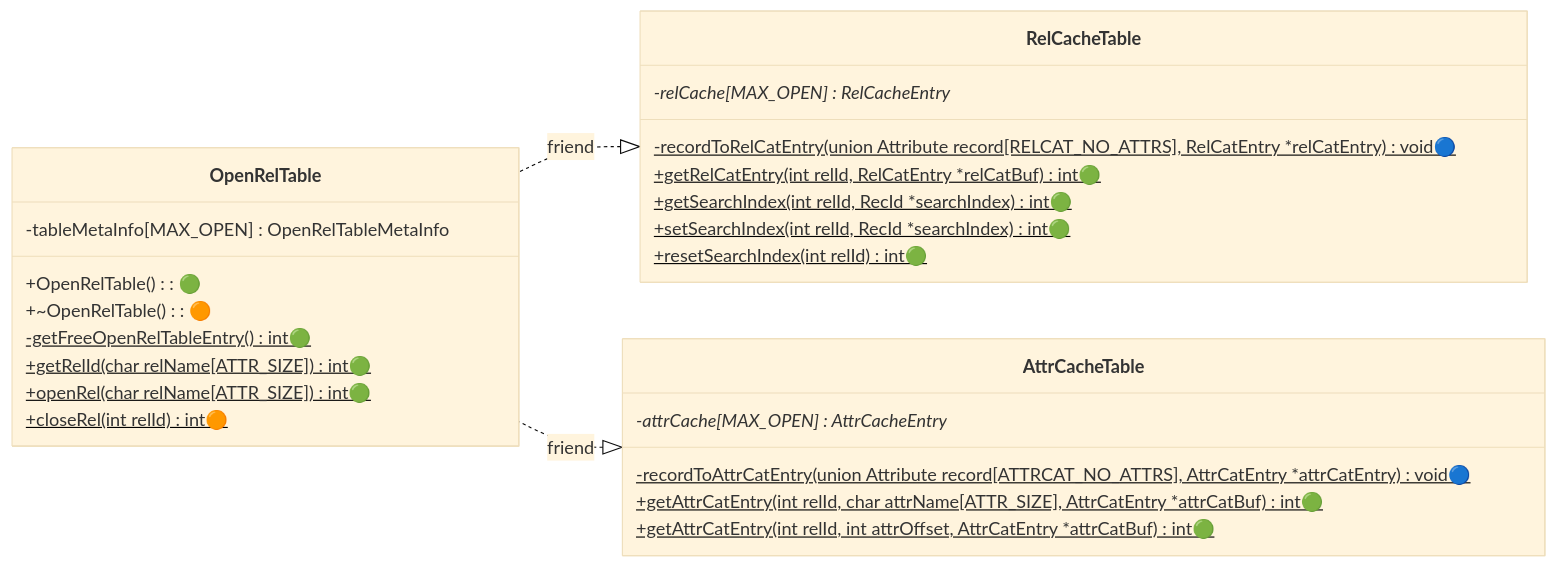
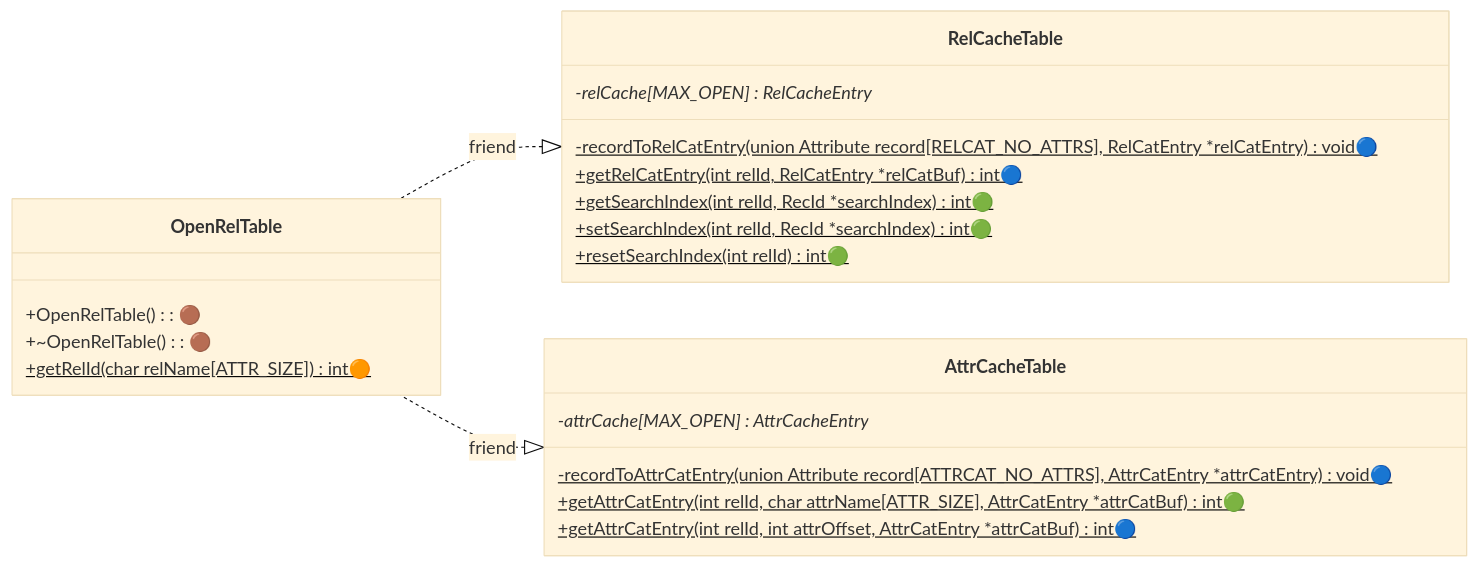
Before and after one commit to NITCbase/nitcbase.github.io: the second of 2 diagrams in docs/Roadmap/Stage04.md, drawn with Mermaid (base theme). The commit also changed other lines of this file and 3 other files, not shown here.

````diff
--- a/docs/Roadmap/Stage04.md
+++ b/docs/Roadmap/Stage04.md
@@ -125,31 +78,27 @@
 ```mermaid
 classDiagram
   direction RL
   RelCacheTable <|.. OpenRelTable : friend
   AttrCacheTable <|.. OpenRelTable : friend
 
   class RelCacheTable{
     -relCache[MAX_OPEN] : RelCacheEntry*
     -recordToRelCatEntry(union Attribute record[RELCAT_NO_ATTRS], RelCatEntry *relCatEntry)$ void🔵
-    +getRelCatEntry(int relId, RelCatEntry *relCatBuf)$ int🟢
+    +getRelCatEntry(int relId, RelCatEntry *relCatBuf)$ int🔵
     +getSearchIndex(int relId, RecId *searchIndex)$ int🟢
     +setSearchIndex(int relId, RecId *searchIndex)$ int🟢
     +resetSearchIndex(int relId)$ int🟢
   }
   class AttrCacheTable{
       -attrCache[MAX_OPEN] : AttrCacheEntry*
       -recordToAttrCatEntry(union Attribute record[ATTRCAT_NO_ATTRS], AttrCatEntry *attrCatEntry)$ void🔵
       +getAttrCatEntry(int relId, char attrName[ATTR_SIZE], AttrCatEntry *attrCatBuf)$ int🟢
-      +getAttrCatEntry(int relId, int attrOffset, AttrCatEntry *attrCatBuf)$ int🟢
+      +getAttrCatEntry(int relId, int attrOffset, AttrCatEntry *attrCatBuf)$ int🔵
   }
   class OpenRelTable{
-      -tableMetaInfo[MAX_OPEN] : OpenRelTableMetaInfo
-      +OpenRelTable(): 🟢
-      +~OpenRelTable(): 🟠
-      -getFreeOpenRelTableEntry()$ int🟢
-      +getRelId(char relName[ATTR_SIZE])$ int🟢
-      +openRel(char relName[ATTR_SIZE])$ int🟢
-      +closeRel(int relId)$ int🟠
+      +OpenRelTable(): 🟤
+      +~OpenRelTable(): 🟤
+      +getRelId(char relName[ATTR_SIZE])$ int🟠
   }
 
 ```
````
